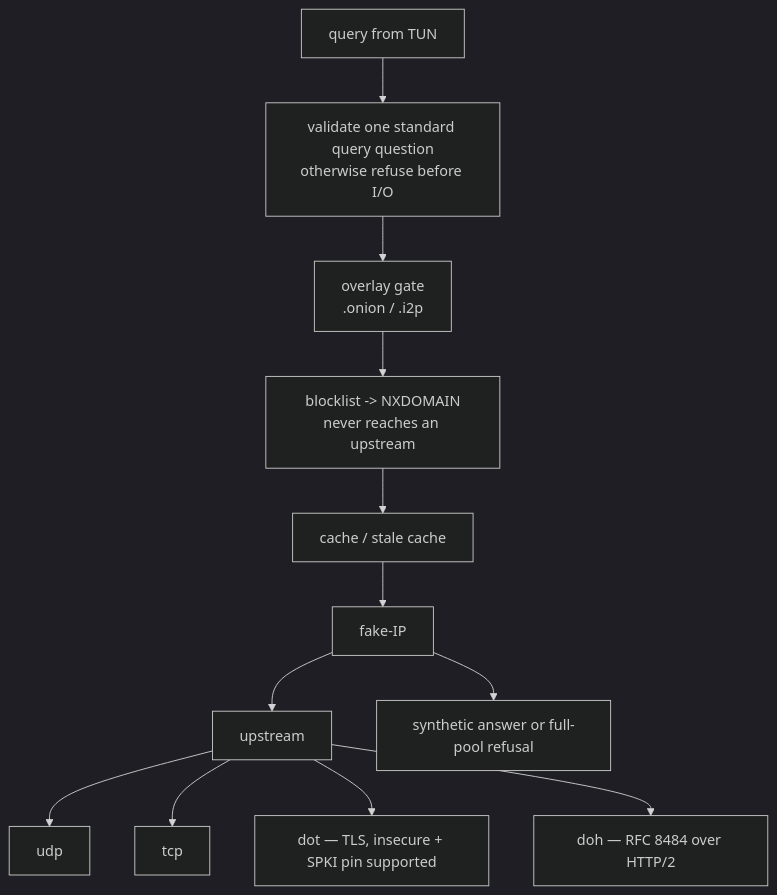
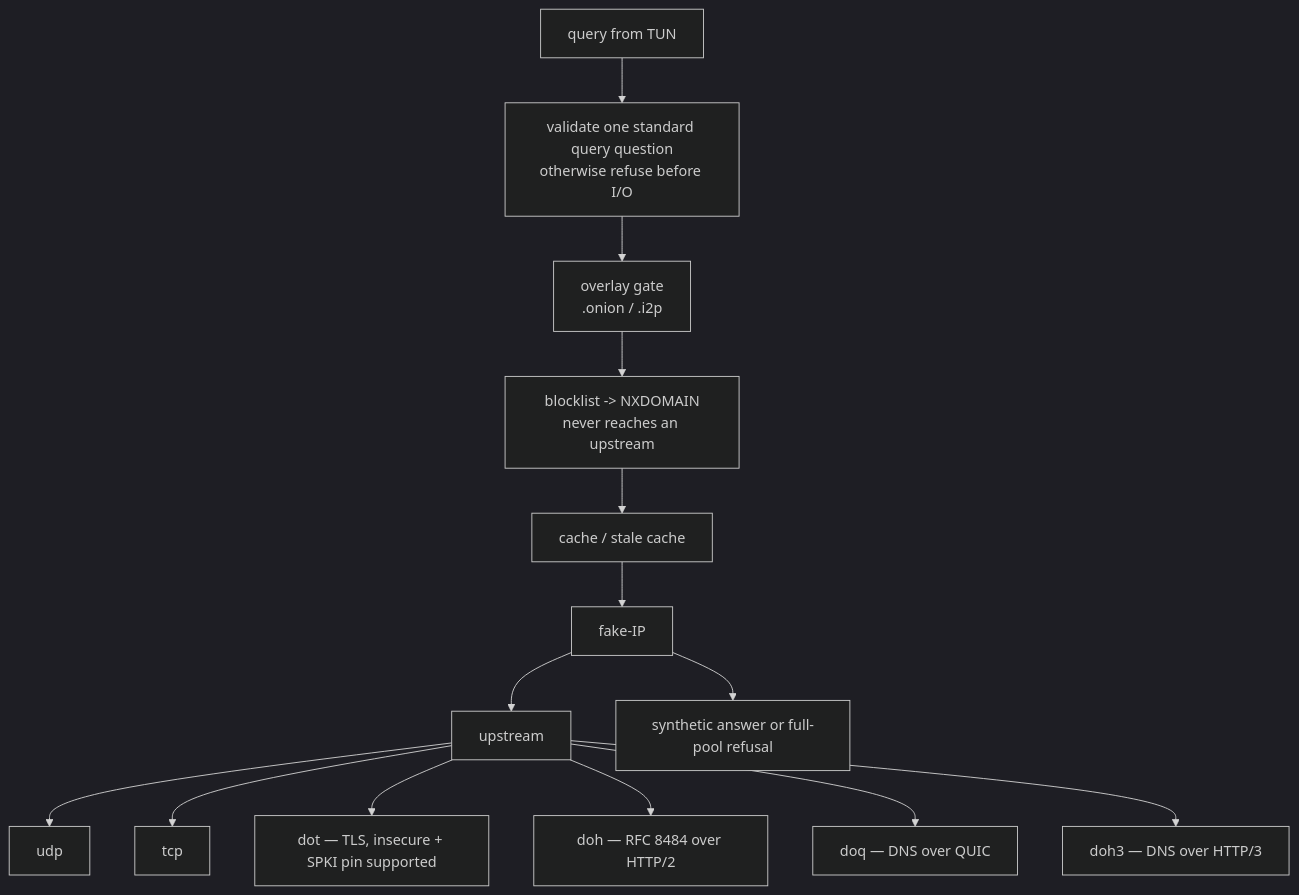
The fourth of 5 diagrams in docs/architecture/01-protocols.md (foxhole-team/foxhole-core), drawn with Mermaid (dark theme) before and after one commit. The commit also changed other lines of this file and 1788 other files, not shown here.

````diff
--- a/docs/architecture/01-protocols.md
+++ b/docs/architecture/01-protocols.md
@@ -189,14 +189,16 @@
 ```mermaid
 flowchart TD
     Q["query from TUN"] --> V["validate one standard query question<br/>otherwise refuse before I/O"]
     V --> G1["overlay gate<br/>.onion / .i2p"]
     G1 --> G2["blocklist -> NXDOMAIN<br/>never reaches an upstream"]
     G2 --> G3["cache / stale cache"]
     G3 --> G4["fake-IP"]
     G4 --> U["upstream"]
     G4 --> F["synthetic answer or full-pool refusal"]
     U --> U1["udp"]
     U --> U2["tcp"]
     U --> U3["dot — TLS, insecure + SPKI pin supported"]
     U --> U4["doh — RFC 8484 over HTTP/2"]
+    U --> U5["doq — DNS over QUIC"]
+    U --> U6["doh3 — DNS over HTTP/3"]
 ```
````
